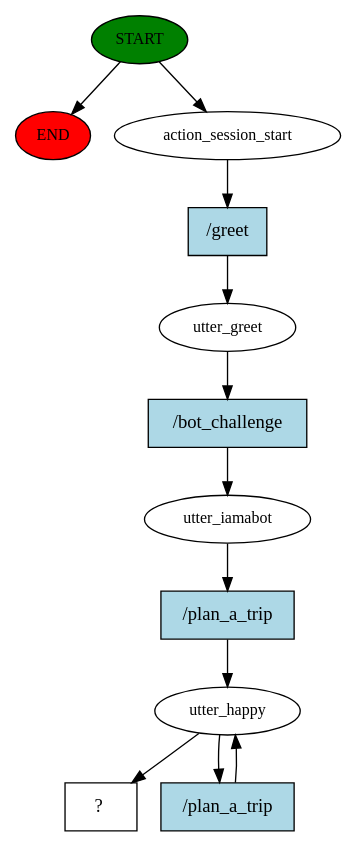
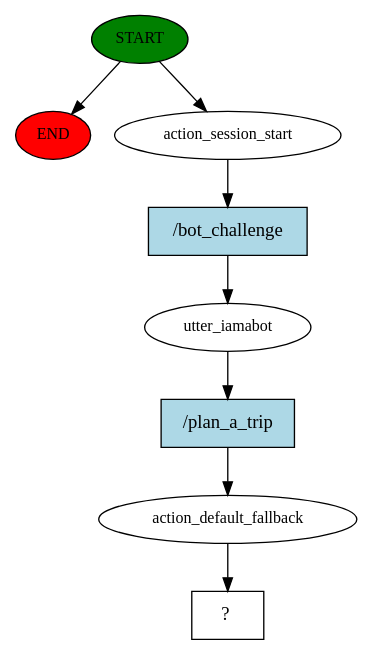
Before and after one commit to anchit2000/RasaChatBot: the diagram in story_graph.dot, drawn with Graphviz. The commit also changed 194 other files, not shown here.

```diff
--- a/story_graph.dot
+++ b/story_graph.dot
@@ -1,24 +1,17 @@
 digraph  {
 0 [class="start active", fillcolor=green, fontsize=12, label=START, style=filled];
 "-1" [class=end, fillcolor=red, fontsize=12, label=END, style=filled];
 1 [class=active, fontsize=12, label=action_session_start];
-2 [class=active, fontsize=12, label=utter_greet];
-3 [class=active, fontsize=12, label=utter_iamabot];
-4 [class=active, fontsize=12, label=utter_happy];
-8 [class="intent dashed active", label="  ?  ", shape=rect];
-9 [class="intent active", fillcolor=lightblue, label="/greet", shape=rect, style=filled];
-10 [class="intent active", fillcolor=lightblue, label="/bot_challenge", shape=rect, style=filled];
-11 [class="intent active", fillcolor=lightblue, label="/plan_a_trip", shape=rect, style=filled];
-12 [class="intent active", fillcolor=lightblue, label="/plan_a_trip", shape=rect, style=filled];
+2 [class=active, fontsize=12, label=utter_iamabot];
+3 [class=active, fontsize=12, label=action_default_fallback];
+4 [class="intent dashed active", label="  ?  ", shape=rect];
+5 [class="intent active", fillcolor=lightblue, label="/bot_challenge", shape=rect, style=filled];
+6 [class="intent active", fillcolor=lightblue, label="/plan_a_trip", shape=rect, style=filled];
 0 -> "-1"  [class="", key=NONE, label=""];
 0 -> 1  [class=active, key=NONE, label=""];
-1 -> 9  [class=active, key=0];
-2 -> 10  [class=active, key=0];
-3 -> 11  [class=active, key=0];
-4 -> 8  [class=active, key=NONE, label=""];
-4 -> 12  [class=active, key=0];
-9 -> 2  [class=active, key=0];
-10 -> 3  [class=active, key=0];
-11 -> 4  [class=active, key=0];
-12 -> 4  [class=active, key=0];
+1 -> 5  [class=active, key=0];
+2 -> 6  [class=active, key=0];
+3 -> 4  [class=active, key=NONE, label=""];
+5 -> 2  [class=active, key=0];
+6 -> 3  [class=active, key=0];
 }
```
